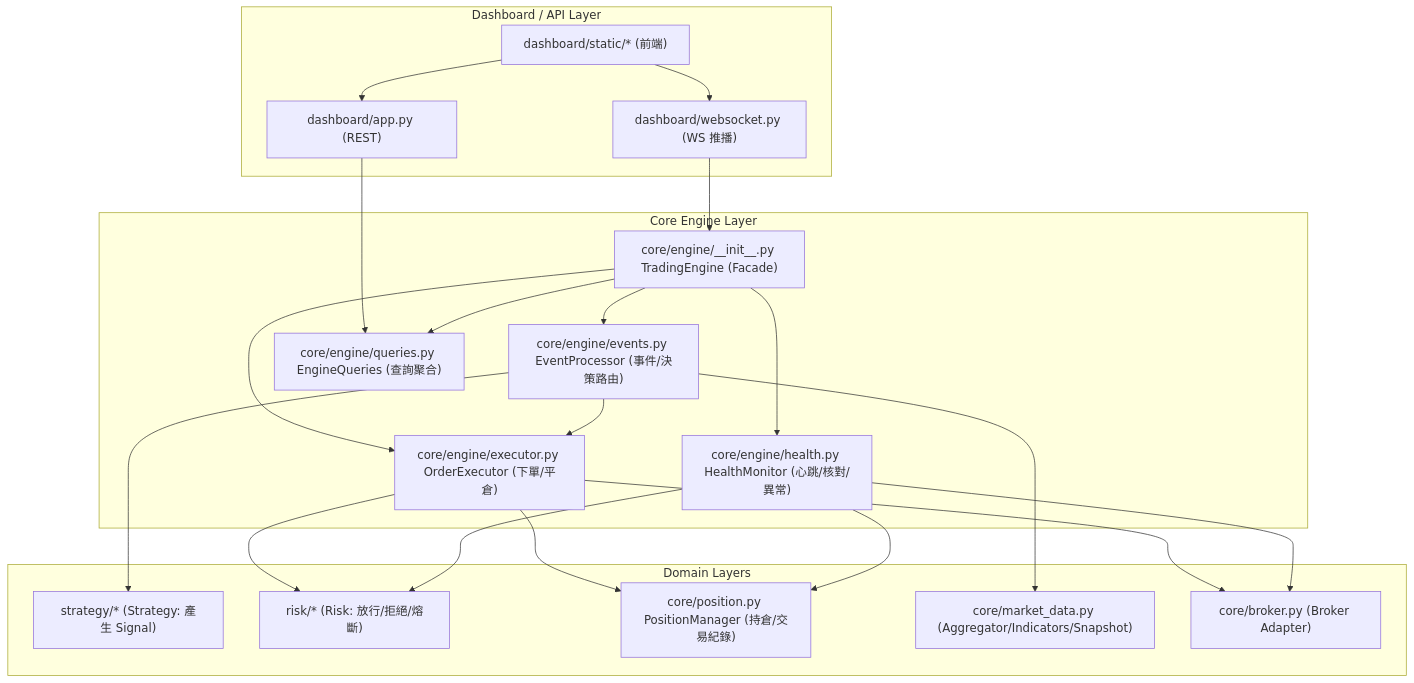
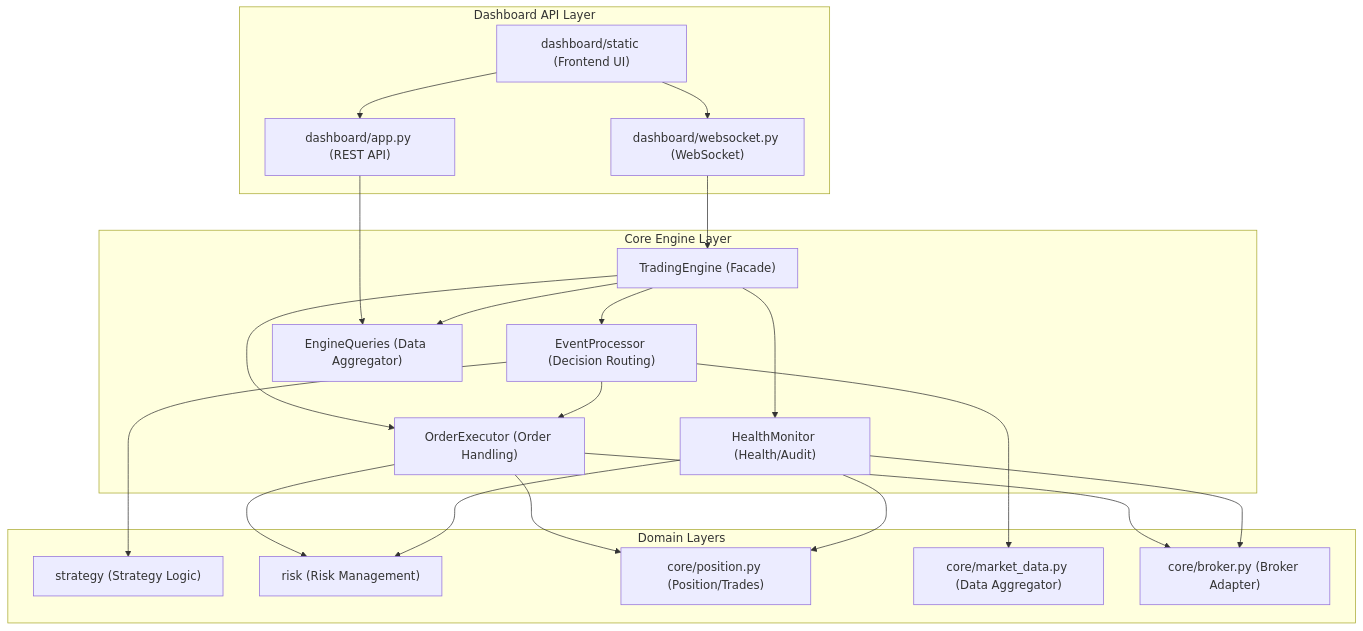
The diagram in 策略架構.md (stanford201807/ultra-trader), drawn with Mermaid before and after one commit.

Commit message:
docs: update Chinese markdown file
Update the content of the Chinese markdown documentation to reflect new
features.

````diff
--- a/策略架構.md
+++ b/策略架構.md
@@ -37,46 +37,46 @@
 ```mermaid
-flowchart TD
-  subgraph UI["Dashboard / API Layer"]
-    API["dashboard/app.py (REST)"]
-    WS["dashboard/websocket.py (WS 推播)"]
-    FE["dashboard/static/* (前端)"]
+graph TD
+  subgraph UI [Dashboard API Layer]
+    API["dashboard/app.py (REST API)"]
+    WS["dashboard/websocket.py (WebSocket)"]
+    FE["dashboard/static (Frontend UI)"]
   end
 
-  subgraph Engine["Core Engine Layer"]
-    TE["core/engine/__init__.py TradingEngine (Facade)"]
-    EV["core/engine/events.py EventProcessor (事件/決策路由)"]
-    EX["core/engine/executor.py OrderExecutor (下單/平倉)"]
-    HM["core/engine/health.py HealthMonitor (心跳/核對/異常)"]
-    Q["core/engine/queries.py EngineQueries (查詢聚合)"]
+  subgraph EngineLayer [Core Engine Layer]
+    TE["TradingEngine (Facade)"]
+    EV["EventProcessor (Decision Routing)"]
+    EX["OrderExecutor (Order Handling)"]
+    HM["HealthMonitor (Health/Audit)"]
+    Q["EngineQueries (Data Aggregator)"]
   end
 
-  subgraph Domain["Domain Layers"]
-    STRAT["strategy/* (Strategy: 產生 Signal)"]
-    RISK["risk/* (Risk: 放行/拒絕/熔斷)"]
-    POS["core/position.py PositionManager (持倉/交易紀錄)"]
-    MD["core/market_data.py (Aggregator/Indicators/Snapshot)"]
+  subgraph Domain [Domain Layers]
+    STRAT["strategy (Strategy Logic)"]
+    RISK["risk (Risk Management)"]
+    POS["core/position.py (Position/Trades)"]
+    MD["core/market_data.py (Data Aggregator)"]
     BR["core/broker.py (Broker Adapter)"]
   end
 
   FE --> API
   FE --> WS
   API --> Q
   WS --> TE
 
   TE --> EV
   TE --> EX
   TE --> HM
   TE --> Q
 
   EV --> MD
   EV --> STRAT
   EV --> EX
 
   EX --> RISK
   EX --> BR
   EX --> POS
 
   HM --> POS
   HM --> BR
   HM --> RISK
 ```
````
